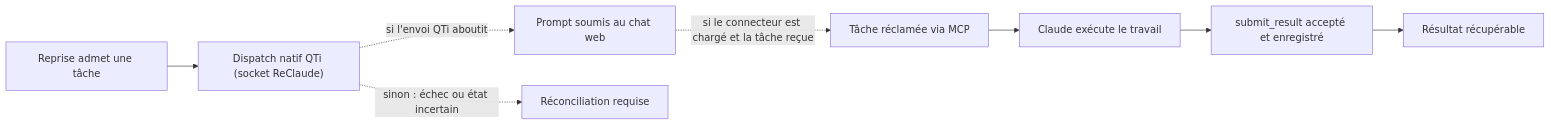
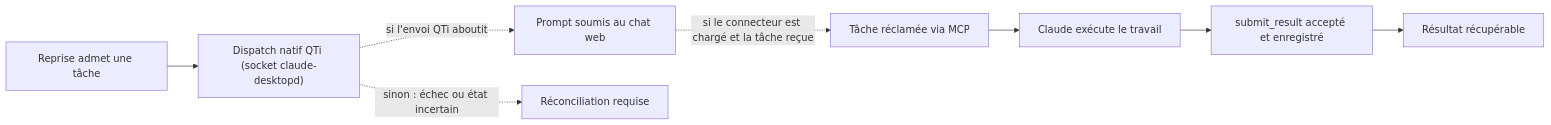
One commit to heraisys-sas/reprise-harness changed the second of 2 diagrams in README.md. Above: the diagram before and after it, drawn with Mermaid. The commit also changed other lines of this file and 14 other files, not shown here.

````diff
--- a/README.md
+++ b/README.md
@@ -37,10 +37,10 @@
 ```mermaid
 flowchart LR
-    A["Reprise admet une tâche"] --> B["Dispatch natif QTi (socket ReClaude)"]
+    A["Reprise admet une tâche"] --> B["Dispatch natif QTi (socket claude-desktopd)"]
     B -. "si l'envoi QTi aboutit" .-> C["Prompt soumis au chat web"]
     C -. "si le connecteur est chargé et la tâche reçue" .-> D["Tâche réclamée via MCP"]
     D --> E["Claude exécute le travail"]
     E --> F["submit_result accepté et enregistré"]
     F --> G["Résultat récupérable"]
     B -. "sinon : échec ou état incertain" .-> H["Réconciliation requise"]
 ```
````
